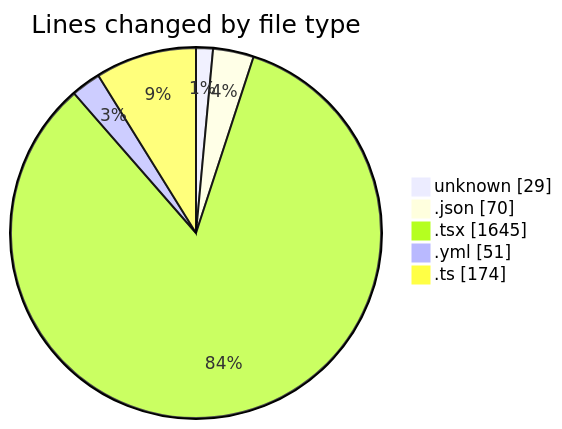
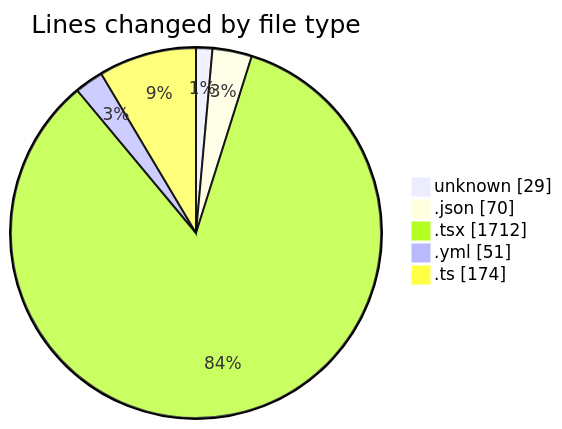
The first of 2 diagrams in 2025-01-14/mbc-web/README.md (robertbonfada/code-tracking), drawn with Mermaid before and after one commit. The commit also changed other lines of this file and 1 other file, not shown here.

````diff
--- a/2025-01-14/mbc-web/README.md
+++ b/2025-01-14/mbc-web/README.md
@@ -38,9 +39,9 @@
 ```mermaid
 pie showData
 title Lines changed by file type
 "unknown" : 29
 ".json" : 70
-".tsx" : 1645
+".tsx" : 1712
 ".yml" : 51
 ".ts" : 174
 ```
````
